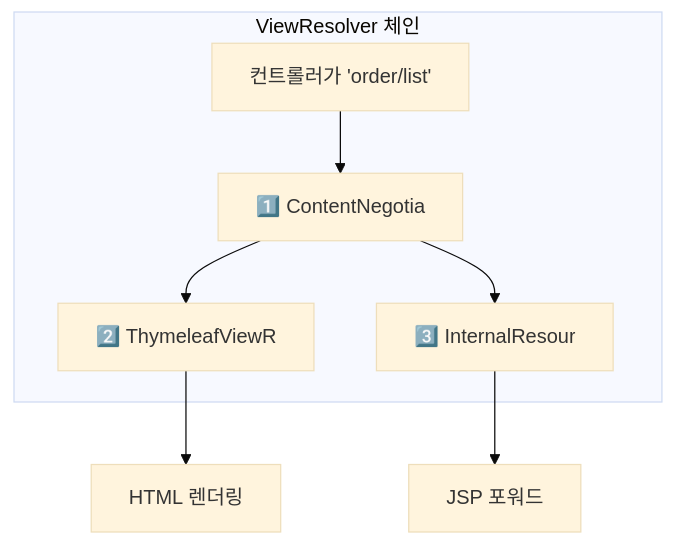
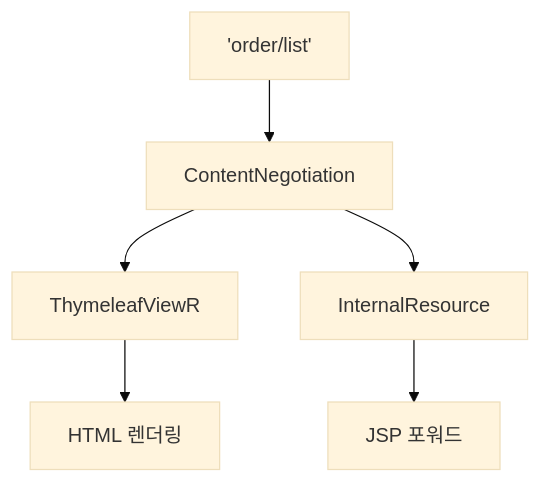
Before and after one commit to yjkim2015/yjkim2015.github.io: the sixth of 14 diagrams in _posts/spring/2026-05-02-spring-mvc-deep.md, drawn with Mermaid (base theme). The commit also changed other lines of this file and 155 other files, not shown here.

First line of the commit message:
Mermaid 전면 수정: subgraph 제거, participant/노드/줄수 축소 (342블록)

````diff
--- a/_posts/spring/2026-05-02-spring-mvc-deep.md
+++ b/_posts/spring/2026-05-02-spring-mvc-deep.md
@@ -382,10 +372,8 @@
 ```mermaid
 flowchart TD
-    subgraph "ViewResolver 체인"
-        A["컨트롤러가 'order/list'"] --> B["1️⃣ ContentNegotia"]
-        B --> C["2️⃣ ThymeleafViewR"]
-        B --> D["3️⃣ InternalResour"]
-    end
+    A["'order/list'"] --> B["ContentNegotiation"]
+    B --> C["ThymeleafViewR"]
+    B --> D["InternalResource"]
     C --> E["HTML 렌더링"]
     D --> F["JSP 포워드"]
 ```
````
